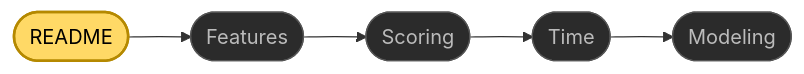
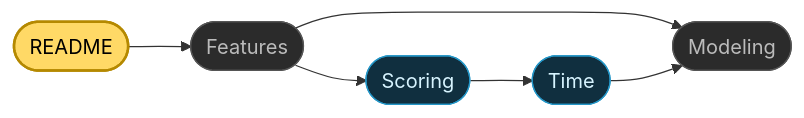
Before and after one commit to jmaroszek/Skill-Tree: the second of 2 diagrams in README.md, drawn with Mermaid. The commit also changed other lines of this file and 4 other files, not shown here.

````diff
--- a/README.md
+++ b/README.md
@@ -84,8 +80,15 @@
 ```mermaid
 flowchart LR
-    R(["README"]) --> F(["Features"]) --> S(["Scoring"]) --> T(["Time"]) --> M(["Modeling"])
+    R(["README"]) --> F(["Features"])
+    F --> M(["Modeling"])
+    F --> S(["Scoring"])
+    S --> T(["Time"])
+    T --> M
+
     classDef current fill:#ffd966,stroke:#b58900,stroke-width:2px,color:#000;
     classDef other fill:#2b2b2b,stroke:#555,color:#bbb;
+    classDef technical fill:#102f3f,stroke:#2496c7,color:#d7f4ff;
     class R current
-    class F,S,T,M other
+    class F,M other
+    class S,T technical
 ```
````
